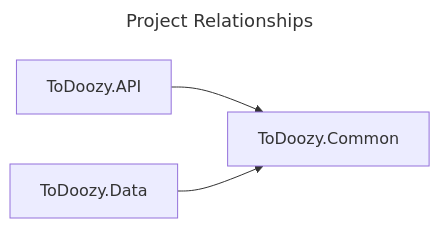
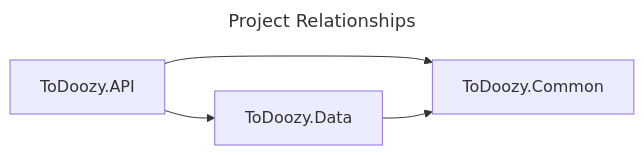
One commit to emerycomstock/QuiteTheToDoozy changed the diagram in DESIGN.md. Above: the diagram before and after it, drawn with Mermaid. The commit also changed other lines of this file and 8 other files, not shown here.

````diff
--- a/DESIGN.md
+++ b/DESIGN.md
@@ -203,8 +204,9 @@
 ```mermaid
 ---
 title: Project Relationships
 ---
 flowchart LR
     ToDoozy.API --> ToDoozy.Common
+    ToDoozy.API --> ToDoozy.Data
     ToDoozy.Data --> ToDoozy.Common
 ```
````
